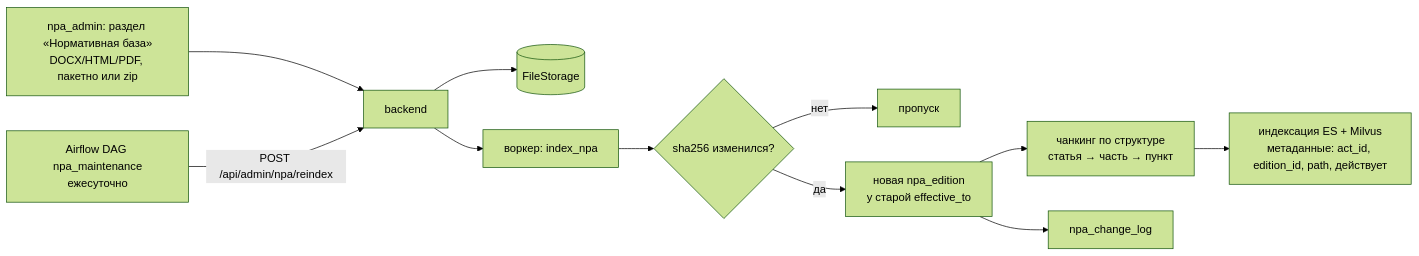
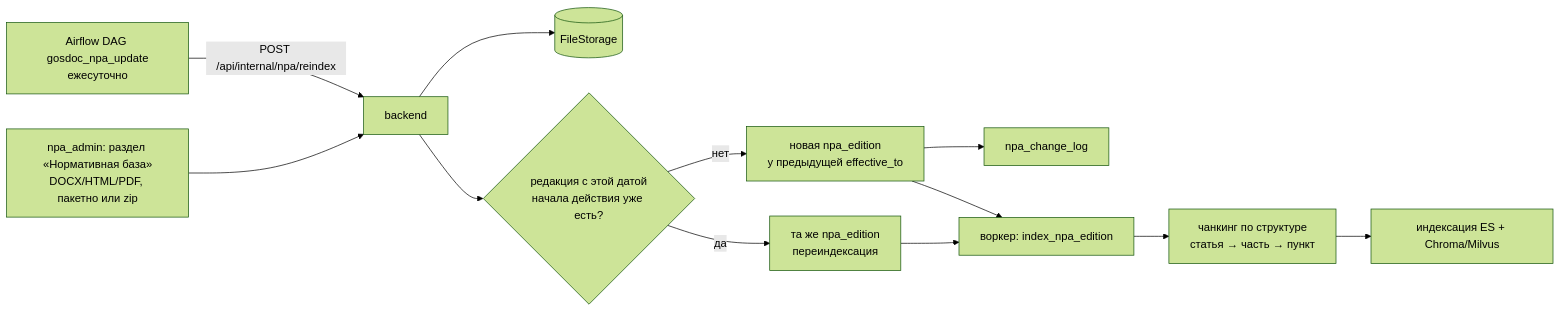
One commit to Fgeeha/gosdoc-assistant changed the fifth of 5 diagrams in docs/architecture.md. Above: the diagram before and after it, drawn with Mermaid (forest theme). The commit also changed other lines of this file and 3 other files, not shown here.

````diff
--- a/docs/architecture.md
+++ b/docs/architecture.md
@@ -292,13 +310,14 @@
 ```mermaid
 flowchart LR
     ADM[npa_admin: раздел «Нормативная база»<br/>DOCX/HTML/PDF, пакетно или zip] --> API[backend]
     API --> FS[(FileStorage)]
-    API --> W[воркер: index_npa]
-    AF[Airflow DAG npa_maintenance<br/>ежесуточно] -->|POST /api/admin/npa/reindex| API
-    W --> D{sha256 изменился?}
-    D -- нет --> X[пропуск]
-    D -- да --> E[новая npa_edition<br/>у старой effective_to]
-    E --> C[чанкинг по структуре<br/>статья → часть → пункт]
-    C --> I[индексация ES + Milvus<br/>метаданные: act_id, edition_id, path, действует]
+    API --> D{редакция с этой датой<br/>начала действия уже есть?}
+    D -- да --> R[та же npa_edition<br/>переиндексация]
+    D -- нет --> E[новая npa_edition<br/>у предыдущей effective_to]
     E --> LOG[npa_change_log]
+    R --> W[воркер: index_npa_edition]
+    E --> W
+    AF[Airflow DAG gosdoc_npa_update<br/>ежесуточно] -->|POST /api/internal/npa/reindex| API
+    W --> C[чанкинг по структуре<br/>статья → часть → пункт]
+    C --> I[индексация ES + Chroma/Milvus]
 ```
````
